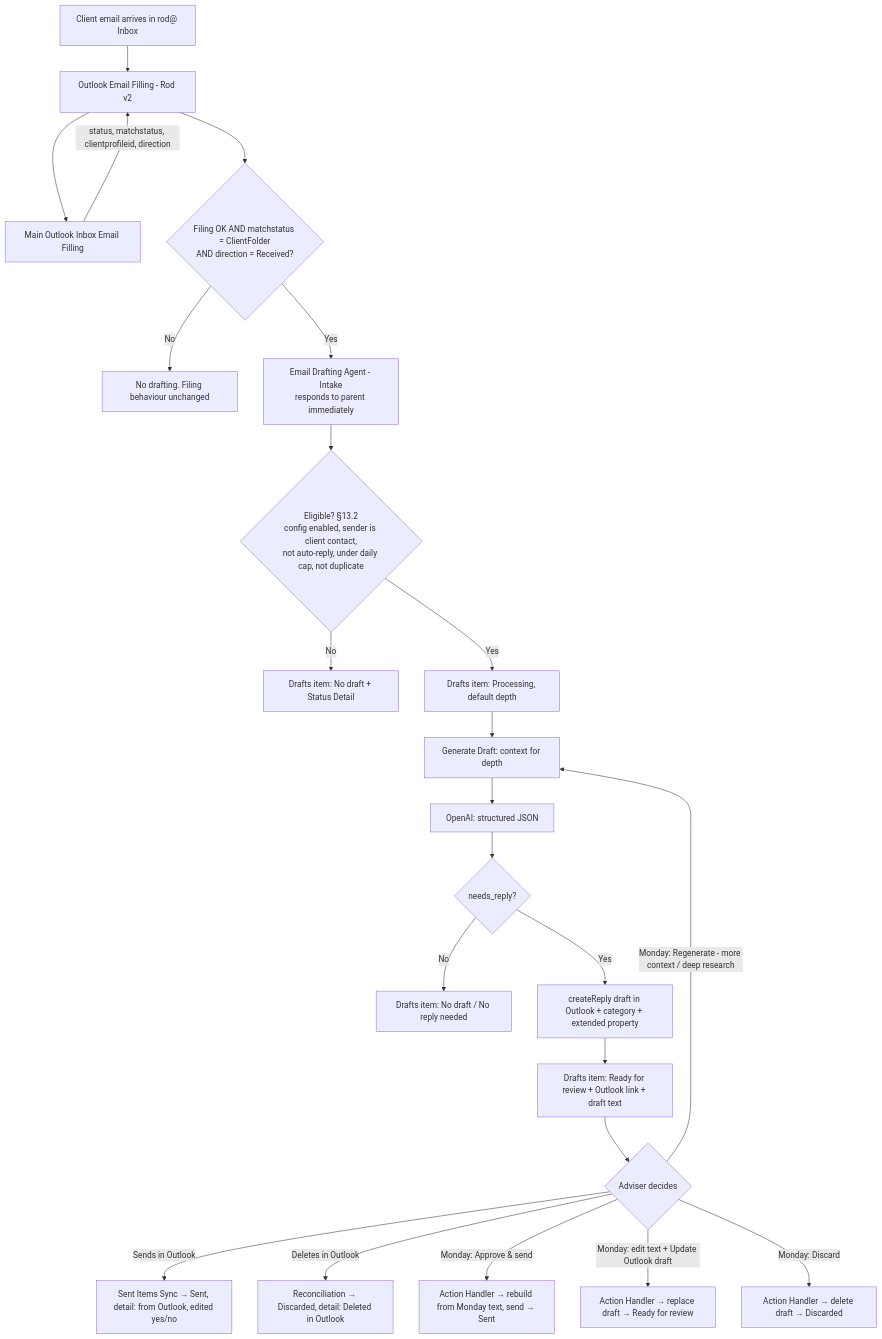
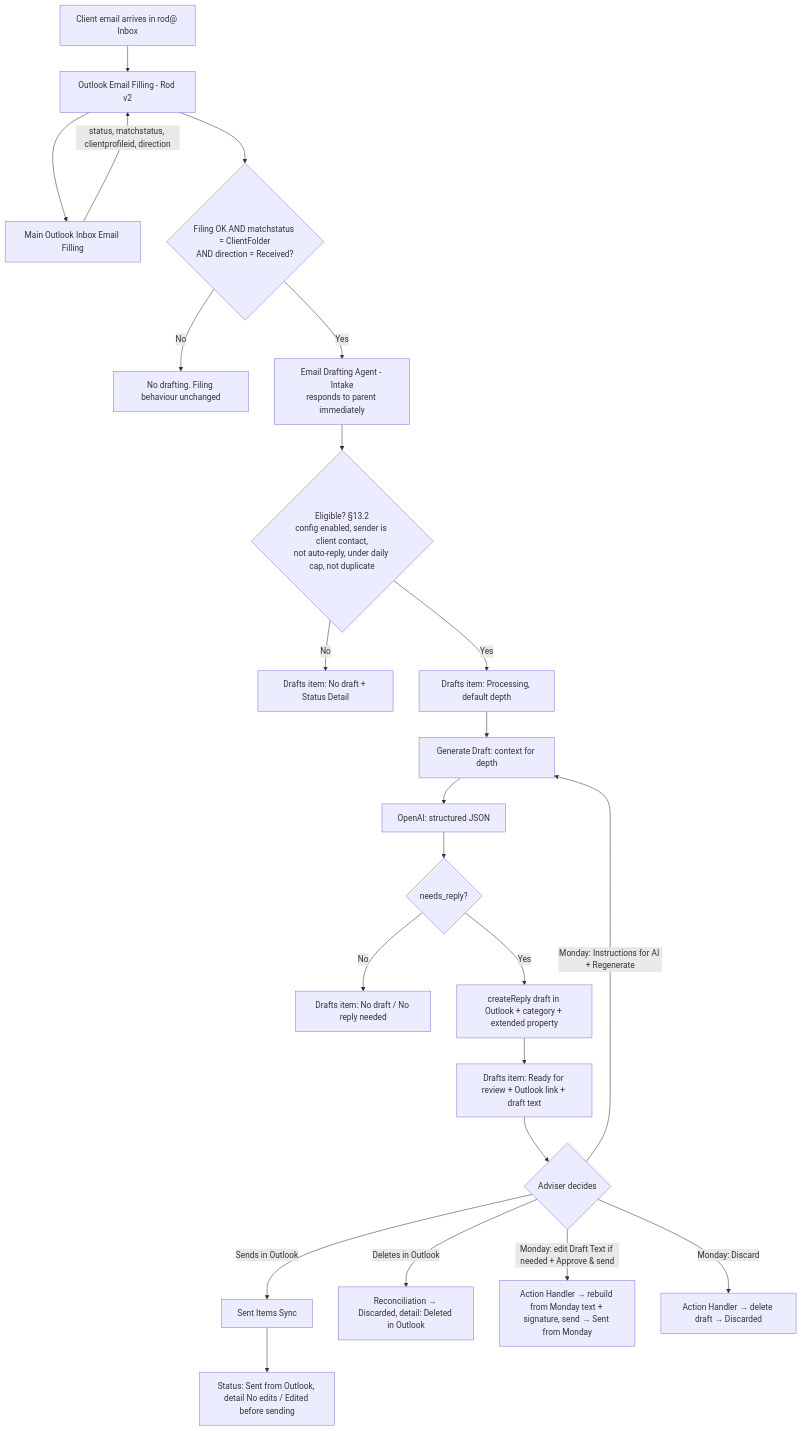
One commit to ElLeonITWizard/rsfa-technical-knowledge changed the diagram in knowledge/automations/power-automate/AUTO-EMAIL-DRAFT-001-email-drafting-agent.md. Above: the diagram before and after it, drawn with Mermaid. The commit also changed other lines of this file and 3 other files, not shown here.

````diff
--- a/knowledge/automations/power-automate/AUTO-EMAIL-DRAFT-001-email-drafting-agent.md
+++ b/knowledge/automations/power-automate/AUTO-EMAIL-DRAFT-001-email-drafting-agent.md
@@ -218,25 +218,25 @@
 ```mermaid
 flowchart TD
     A[Client email arrives in rod@ Inbox] --> B[Outlook Email Filling - Rod v2]
     B --> C[Main Outlook Inbox Email Filling]
     C -->|status, matchstatus, clientprofileid, direction| B
     B --> D{Filing OK AND matchstatus = ClientFolder<br/>AND direction = Received?}
     D -->|No| Z[No drafting. Filing behaviour unchanged]
     D -->|Yes| E[Email Drafting Agent - Intake<br/>responds to parent immediately]
     E --> F{Eligible? §13.2<br/>config enabled, sender is client contact,<br/>not auto-reply, under daily cap, not duplicate}
     F -->|No| G[Drafts item: No draft + Status Detail]
     F -->|Yes| H[Drafts item: Processing, default depth]
     H --> I[Generate Draft: context for depth]
     I --> J[OpenAI: structured JSON]
     J --> K{needs_reply?}
     K -->|No| L[Drafts item: No draft / No reply needed]
     K -->|Yes| M[createReply draft in Outlook + category + extended property]
     M --> N[Drafts item: Ready for review + Outlook link + draft text]
     N --> O{Adviser decides}
-    O -->|Sends in Outlook| P[Sent Items Sync → Sent, detail: from Outlook, edited yes/no]
+    O -->|Sends in Outlook| P[Sent Items Sync]
     O -->|Deletes in Outlook| Q[Reconciliation → Discarded, detail: Deleted in Outlook]
-    O -->|Monday: Approve & send| R[Action Handler → rebuild from Monday text, send → Sent]
-    O -->|Monday: edit text + Update Outlook draft| S[Action Handler → replace draft → Ready for review]
-    O -->|Monday: Regenerate - more context / deep research| I
+    O -->|Monday: edit Draft Text if needed + Approve & send| R[Action Handler → rebuild from Monday text + signature, send → Sent from Monday]
+    O -->|Monday: Instructions for AI + Regenerate| I
+    P --> Z2[Status: Sent from Outlook, detail No edits / Edited before sending]
     O -->|Monday: Discard| T[Action Handler → delete draft → Discarded]
 ```
````
